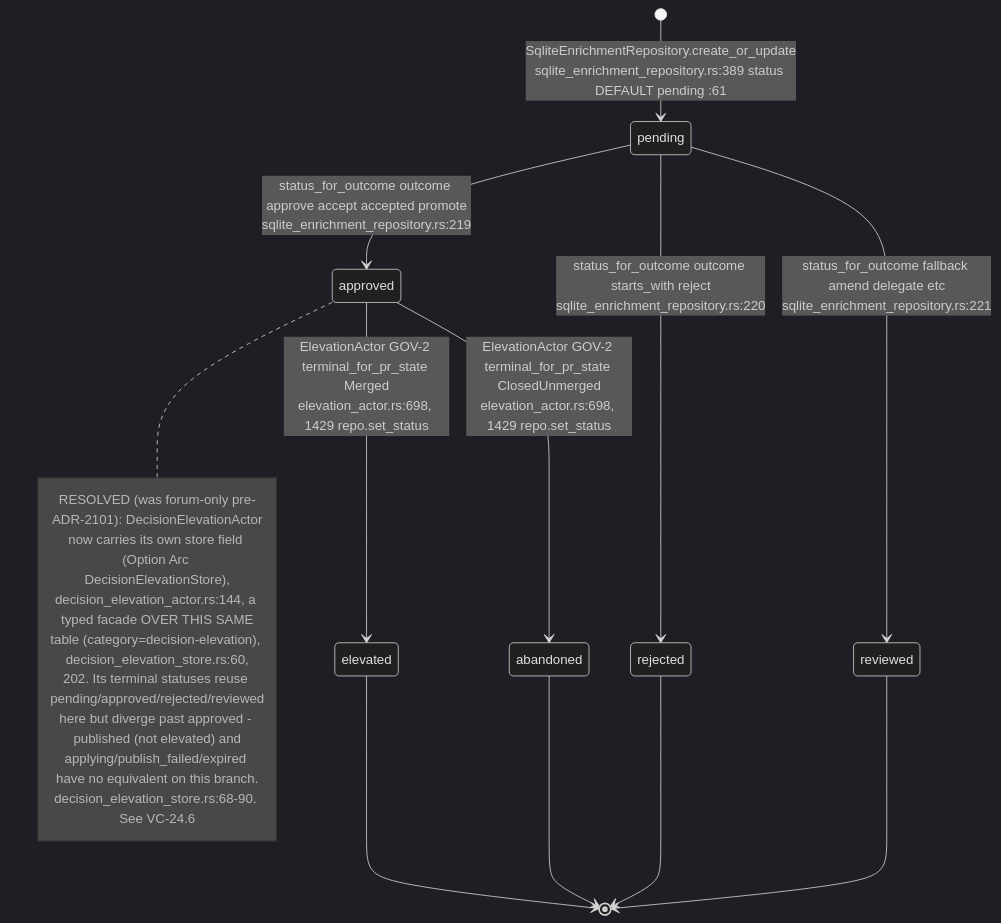
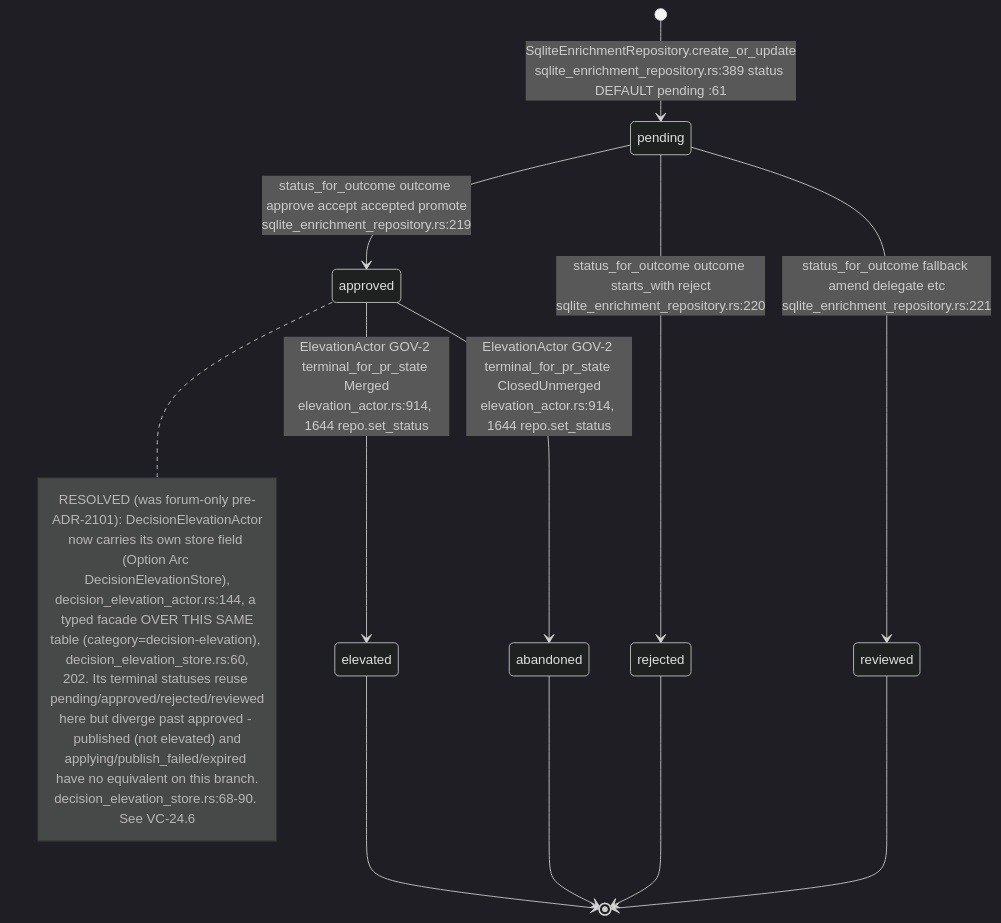
The first of 11 diagrams in docs/diagrams/visionclaw/24-acsp-decision-elevation.md (DreamLab-AI/VisionFlow), drawn with Mermaid (dark theme) before and after one commit. The commit also changed other lines of this file and 111 other files, not shown here.

Commit message:
docs(diagrams): align estate maps with current source

````diff
--- a/docs/diagrams/visionclaw/24-acsp-decision-elevation.md
+++ b/docs/diagrams/visionclaw/24-acsp-decision-elevation.md
@@ -39,23 +40,23 @@
 ```mermaid
 stateDiagram-v2
     [*] --> pending: SqliteEnrichmentRepository.create_or_update<br/>sqlite_enrichment_repository.rs:389 status DEFAULT pending :61
     pending --> approved: status_for_outcome outcome approve accept accepted promote<br/>sqlite_enrichment_repository.rs:219
     pending --> rejected: status_for_outcome outcome starts_with reject<br/>sqlite_enrichment_repository.rs:220
     pending --> reviewed: status_for_outcome fallback amend delegate etc<br/>sqlite_enrichment_repository.rs:221
-    approved --> elevated: ElevationActor GOV-2 terminal_for_pr_state Merged<br/>elevation_actor.rs:698, 1429 repo.set_status
-    approved --> abandoned: ElevationActor GOV-2 terminal_for_pr_state ClosedUnmerged<br/>elevation_actor.rs:698, 1429 repo.set_status
+    approved --> elevated: ElevationActor GOV-2 terminal_for_pr_state Merged<br/>elevation_actor.rs:914, 1644 repo.set_status
+    approved --> abandoned: ElevationActor GOV-2 terminal_for_pr_state ClosedUnmerged<br/>elevation_actor.rs:914, 1644 repo.set_status
     elevated --> [*]
     abandoned --> [*]
     rejected --> [*]
     reviewed --> [*]
     note right of approved
       RESOLVED (was forum-only pre-ADR-2101): DecisionElevationActor
       now carries its own store field (Option Arc DecisionElevationStore),
       decision_elevation_actor.rs:144, a typed facade OVER THIS SAME
       table (category=decision-elevation), decision_elevation_store.rs:60,
       202. Its terminal statuses reuse pending/approved/rejected/reviewed
       here but diverge past approved - published (not elevated) and
       applying/publish_failed/expired have no equivalent on this branch.
       decision_elevation_store.rs:68-90. See VC-24.6
     end note
 ```
````
